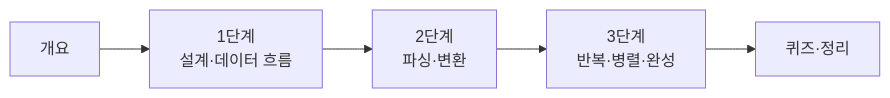
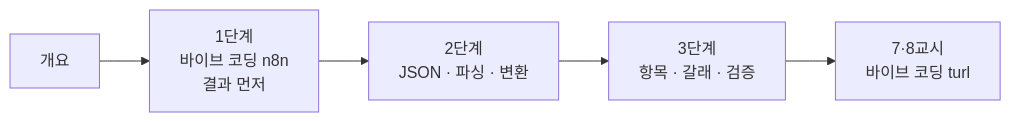
The diagram in Lecture/66/README.md (jbbdyee/ai-engineering-lab), drawn with Mermaid before and after one commit. The commit also changed other lines of this file and 40 other files, not shown here.

````diff
--- a/Lecture/66/README.md
+++ b/Lecture/66/README.md
@@ -25,4 +33,4 @@
 ```mermaid
 flowchart LR
-  P["개요"] --> S1["1단계<br/>설계·데이터 흐름"] --> S2["2단계<br/>파싱·변환"] --> S3["3단계<br/>반복·병렬·완성"] --> Q["퀴즈·정리"]
+  P["개요"] --> S1["1단계<br/>바이브 코딩 n8n<br/>결과 먼저"] --> S2["2단계<br/>JSON · 파싱 · 변환"] --> S3["3단계<br/>항목 · 갈래 · 검증"] --> V["7·8교시<br/>바이브 코딩 turl"]
 ```
````
